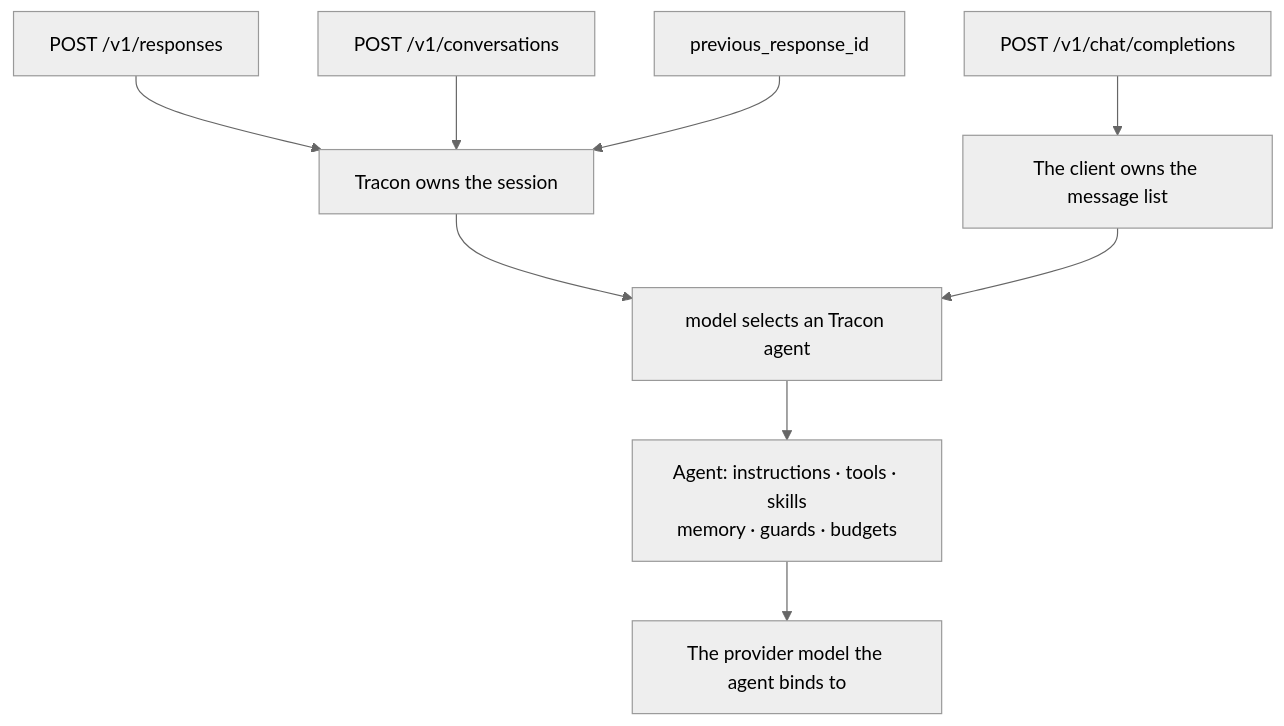
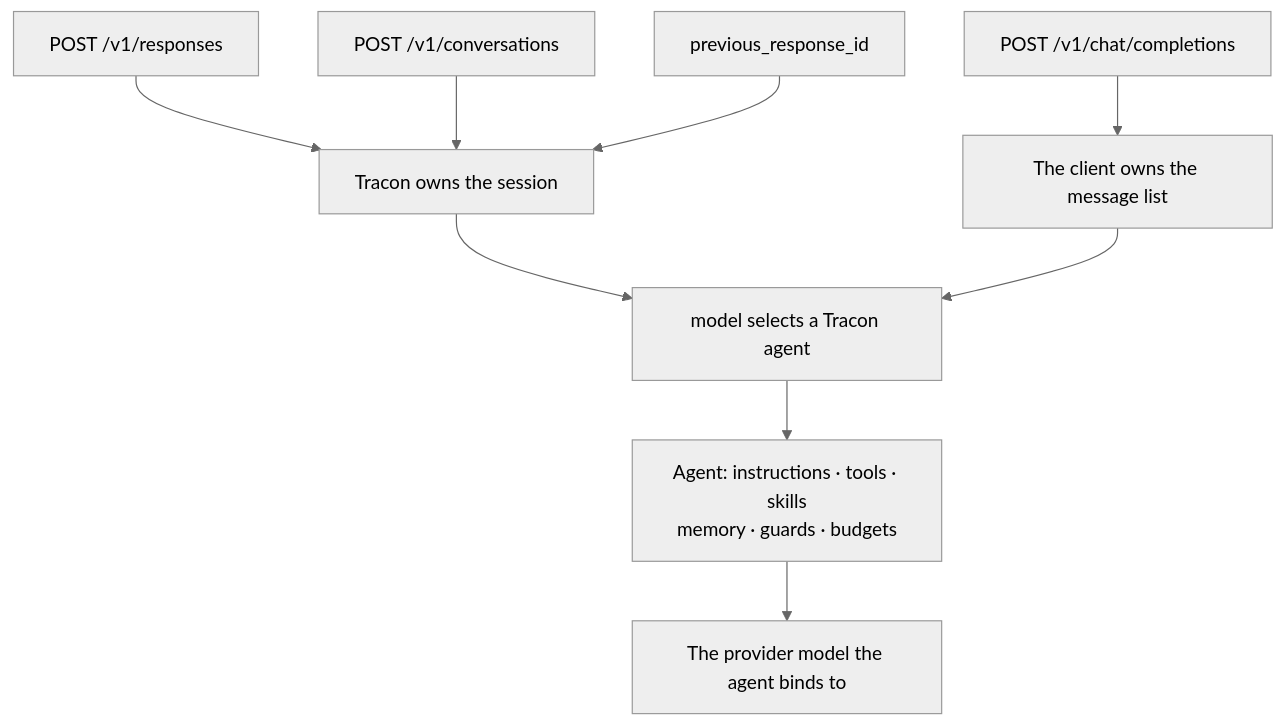
Before and after one commit to farukatasoy/Tracon: the diagram in docs-site/src/content/docs/guides/openai-api.md, drawn with Mermaid (neutral theme). The commit also changed other lines of this file and 143 other files, not shown here.

````diff
--- a/docs-site/src/content/docs/guides/openai-api.md
+++ b/docs-site/src/content/docs/guides/openai-api.md
@@ -13,13 +13,13 @@
 ```mermaid
 flowchart TD
     accTitle: The two compatible surfaces and who owns the conversation
-    accDescr: Responses keeps conversation state on the server, reached either by previous_response_id or by an explicitly reserved conversation. Chat Completions carries its history in the request. Both resolve the model field to an Tracon agent, which then chooses its own provider model.
+    accDescr: Responses keeps conversation state on the server, reached either by previous_response_id or by an explicitly reserved conversation. Chat Completions carries its history in the request. Both resolve the model field to a Tracon agent, which then chooses its own provider model.
     RESP["POST /v1/responses"] --> SRV["Tracon owns the session"]
     CONV["POST /v1/conversations"] --> SRV
     PREV["previous_response_id"] --> SRV
     CHAT["POST /v1/chat/completions"] --> CLI["The client owns the message list"]
-    SRV --> PICK["model selects an Tracon agent"]
+    SRV --> PICK["model selects a Tracon agent"]
     CLI --> PICK
     PICK --> AGENT["Agent: instructions · tools · skills<br/>memory · guards · budgets"]
     AGENT --> MODEL["The provider model the agent binds to"]
 ```
````
